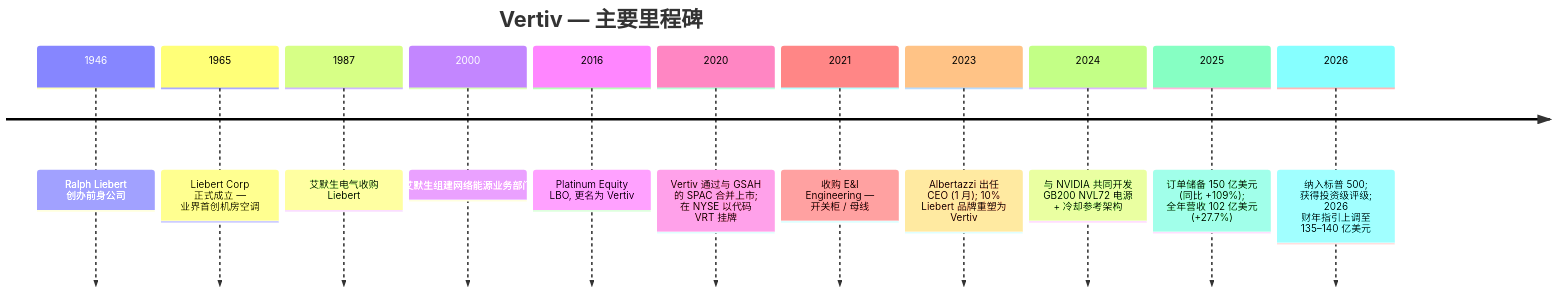
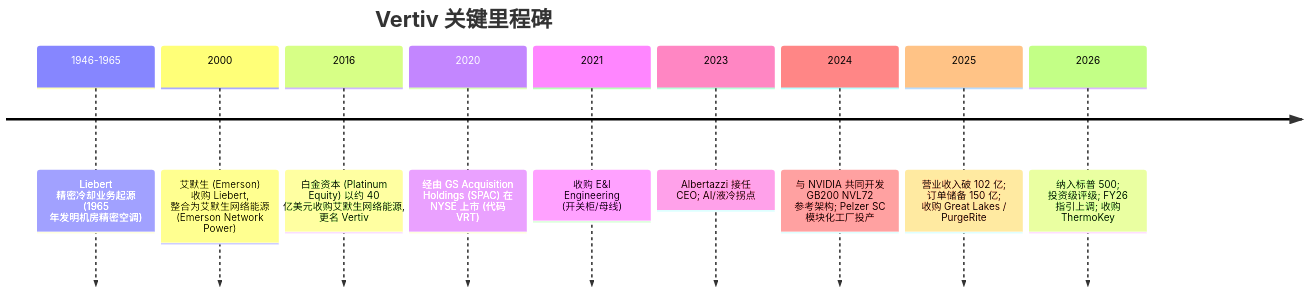
The first of 5 diagrams in reports/company/Vertiv_NYSE_VRT/Vertiv_NYSE_VRT_公司研究.md (dadachundan/financial_agent), drawn with Mermaid before and after one commit. The commit also changed other lines of this file and 9 other files, not shown here.

First line of the commit message:
feat(company-research): refresh Vertiv (VRT) to current spec

````diff
--- a/reports/company/Vertiv_NYSE_VRT/Vertiv_NYSE_VRT_公司研究.md
+++ b/reports/company/Vertiv_NYSE_VRT/Vertiv_NYSE_VRT_公司研究.md
@@ -77,15 +673,13 @@
 ```mermaid
 timeline
-    title Vertiv — 主要里程碑
-    1946 : Ralph Liebert 创办前身公司
-    1965 : Liebert Corp 正式成立 — 业界首创机房空调
-    1987 : 艾默生电气收购 Liebert
-    2000 : 艾默生组建网络能源业务部门
-    2016 : Platinum Equity LBO, 更名为 Vertiv
-    2020 : Vertiv 通过与 GSAH 的 SPAC 合并上市; 在 NYSE 以代码 VRT 挂牌
-    2021 : 收购 E&I Engineering — 开关柜 / 母线
-    2023 : Albertazzi 出任 CEO (1 月); 10% Liebert 品牌重塑为 Vertiv
-    2024 : 与 NVIDIA 共同开发 GB200 NVL72 电源 + 冷却参考架构
-    2025 : 订单储备 150 亿美元 (同比 +109%); 全年营收 102 亿美元 (+27.7%)
-    2026 : 纳入标普 500; 获得投资级评级; 2026 财年指引上调至 135–140 亿美元
+    title Vertiv 关键里程碑
+    1946-1965 : Liebert 精密冷却业务起源 (1965 年发明机房精密空调)
+    2000 : 艾默生 (Emerson) 收购 Liebert, 整合为艾默生网络能源 (Emerson Network Power)
+    2016 : 白金资本 (Platinum Equity) 以约 40 亿美元收购艾默生网络能源, 更名 Vertiv
+    2020 : 经由 GS Acquisition Holdings (SPAC) 在 NYSE 上市 (代码 VRT)
+    2021 : 收购 E&I Engineering (开关柜/母线)
+    2023 : Albertazzi 接任 CEO; AI/液冷拐点
+    2024 : 与 NVIDIA 共同开发 GB200 NVL72 参考架构; Pelzer SC 模块化工厂投产
+    2025 : 营业收入破 102 亿; 订单储备 150 亿; 收购 Great Lakes / PurgeRite
+    2026 : 纳入标普 500; 投资级评级; FY26 指引上调; 收购 ThermoKey
 ```
````
